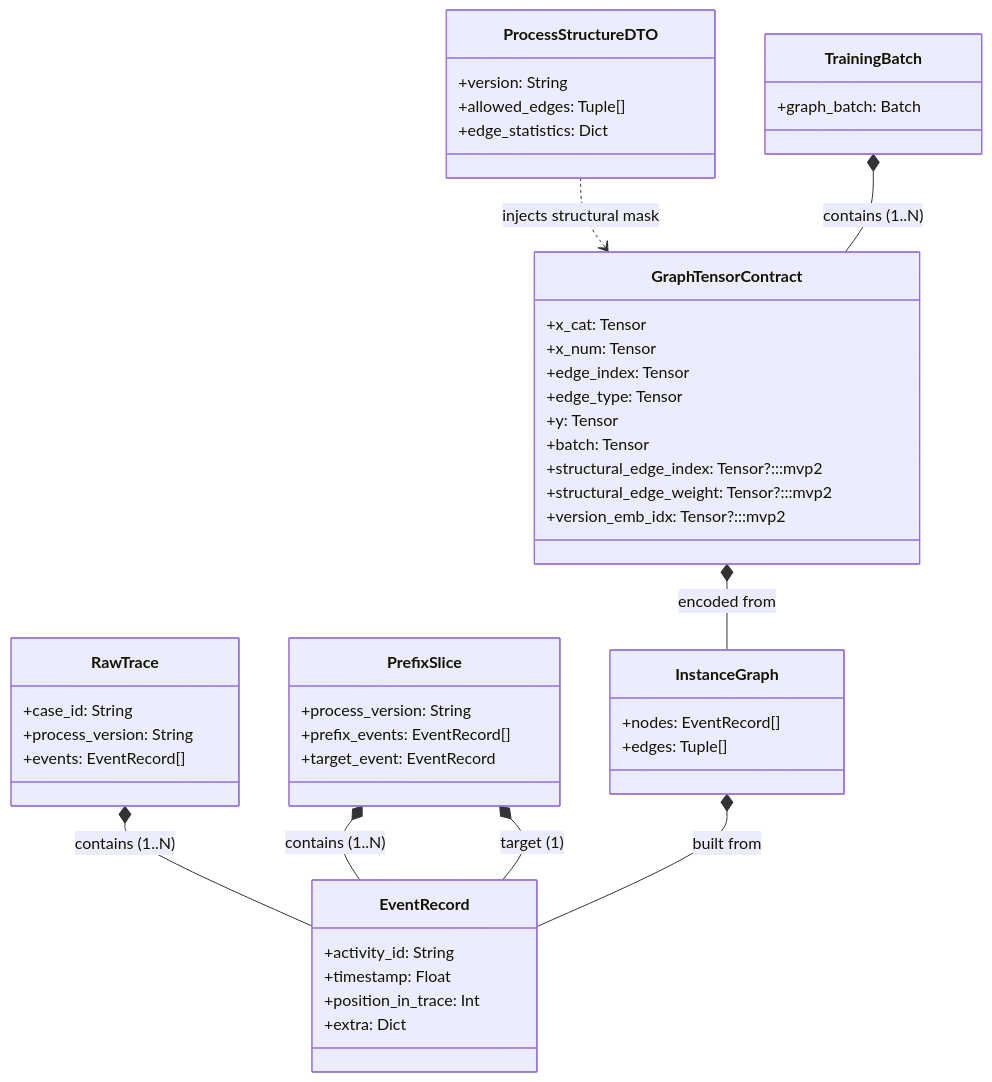
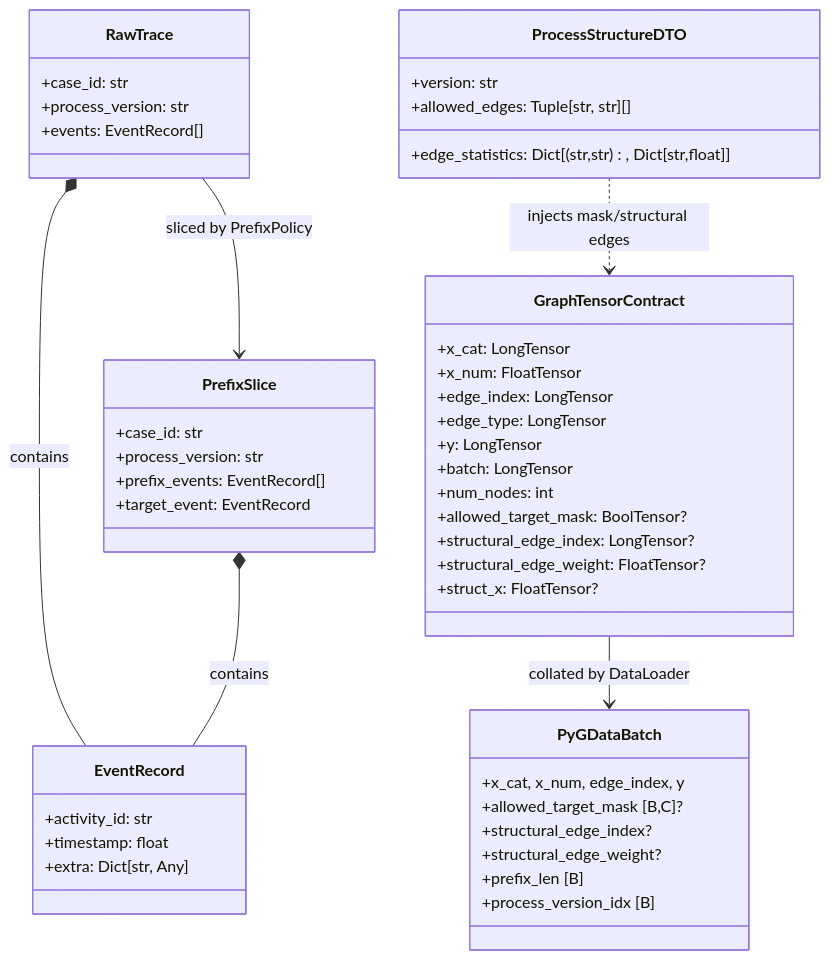
Before and after one commit to ghsrg/bpm_prediction: the fourth of 5 diagrams in docs/DATA_MODEL_MVP2.MD, drawn with Mermaid. The commit also changed other lines of this file and 4 other files, not shown here.

````diff
--- a/docs/DATA_MODEL_MVP2.MD
+++ b/docs/DATA_MODEL_MVP2.MD
@@ -153,61 +179,58 @@
 ```mermaid
 classDiagram
     classDef mvp2 fill:#e6ffed,stroke:#2ea043,stroke-width:2px,color:#000;
 
     class EventRecord {
-        +activity_id: String
-        +timestamp: Float
-        +position_in_trace: Int
-        +extra: Dict
+        +activity_id: str
+        +timestamp: float
+        +extra: Dict[str, Any]
     }
 
     class RawTrace {
-        +case_id: String
-        +process_version: String
+        +case_id: str
+        +process_version: str
         +events: EventRecord[]
     }
 
     class PrefixSlice {
-        +process_version: String
+        +case_id: str
+        +process_version: str
         +prefix_events: EventRecord[]
         +target_event: EventRecord
     }
 
-    class ProcessStructureDTO:::mvp2 {
-        +version: String
-        +allowed_edges: Tuple[]
-        +edge_statistics: Dict
-    }
-
-    class InstanceGraph {
-        +nodes: EventRecord[]
-        +edges: Tuple[]
+    class ProcessStructureDTO {
+        +version: str
+        +allowed_edges: Tuple[str, str][]
+        +edge_statistics: Dict[(str,str), Dict[str,float]]
     }
 
     class GraphTensorContract {
-        +x_cat: Tensor
-        +x_num: Tensor
-        +edge_index: Tensor
-        +edge_type: Tensor
-        +y: Tensor
-        +batch: Tensor
-        %% MVP2 Extensions
-        +structural_edge_index: Tensor?:::mvp2
-        +structural_edge_weight: Tensor?:::mvp2
-        +version_emb_idx: Tensor?:::mvp2
+        +x_cat: LongTensor
+        +x_num: FloatTensor
+        +edge_index: LongTensor
+        +edge_type: LongTensor
+        +y: LongTensor
+        +batch: LongTensor
+        +num_nodes: int
+        +allowed_target_mask: BoolTensor?
+        +structural_edge_index: LongTensor?
+        +structural_edge_weight: FloatTensor?
+        +struct_x: FloatTensor?
     }
 
-    class TrainingBatch {
-        +graph_batch: Batch
+    class PyGDataBatch {
+        +x_cat, x_num, edge_index, y
+        +allowed_target_mask [B,C]?
+        +structural_edge_index?
+        +structural_edge_weight?
+        +prefix_len [B]
+        +process_version_idx [B]
     }
 
-    RawTrace *-- EventRecord : contains (1..N)
-    PrefixSlice *-- EventRecord : contains (1..N)
-    PrefixSlice *-- EventRecord : target (1)
-
-    InstanceGraph *-- EventRecord : built from
-    ProcessStructureDTO ..> GraphTensorContract : injects structural mask
-    
-    GraphTensorContract *-- InstanceGraph : encoded from
-    TrainingBatch *-- GraphTensorContract : contains (1..N)
+    RawTrace *-- EventRecord : contains
+    PrefixSlice *-- EventRecord : contains
+    RawTrace --> PrefixSlice : sliced by PrefixPolicy
+    ProcessStructureDTO ..> GraphTensorContract : injects mask/structural edges
+    GraphTensorContract --> PyGDataBatch : collated by DataLoader
 ```
````
